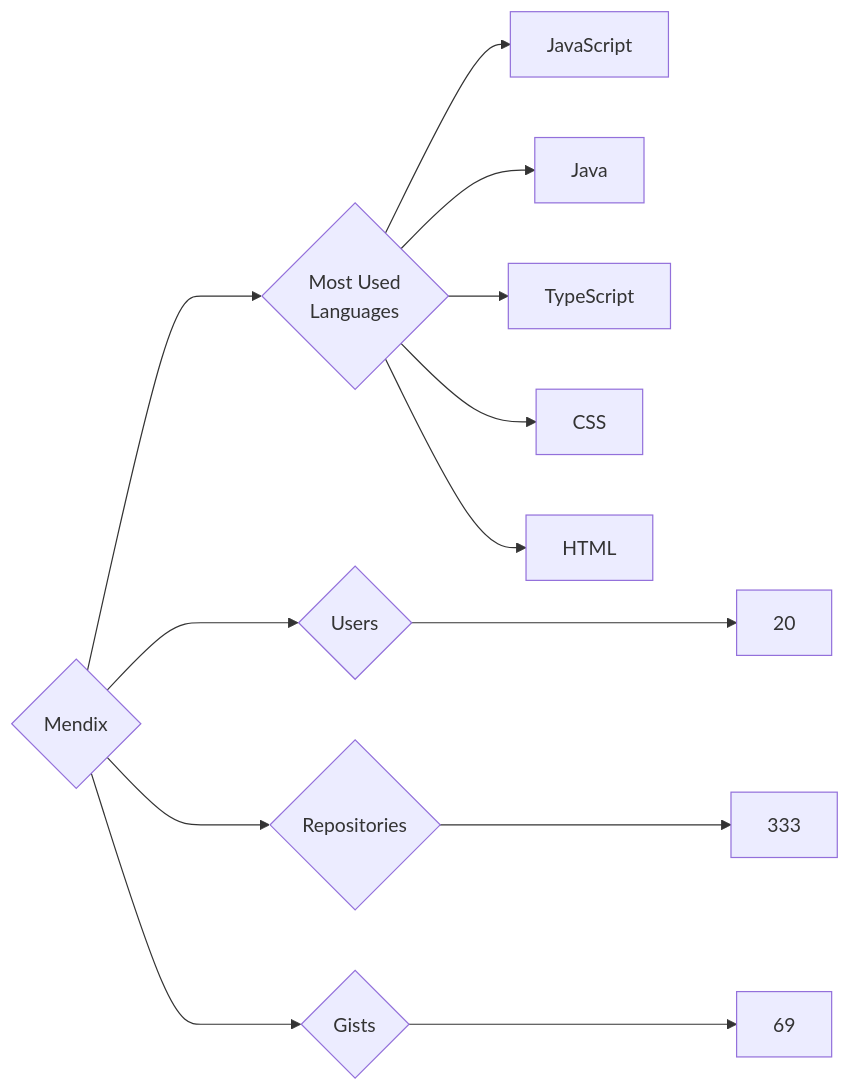
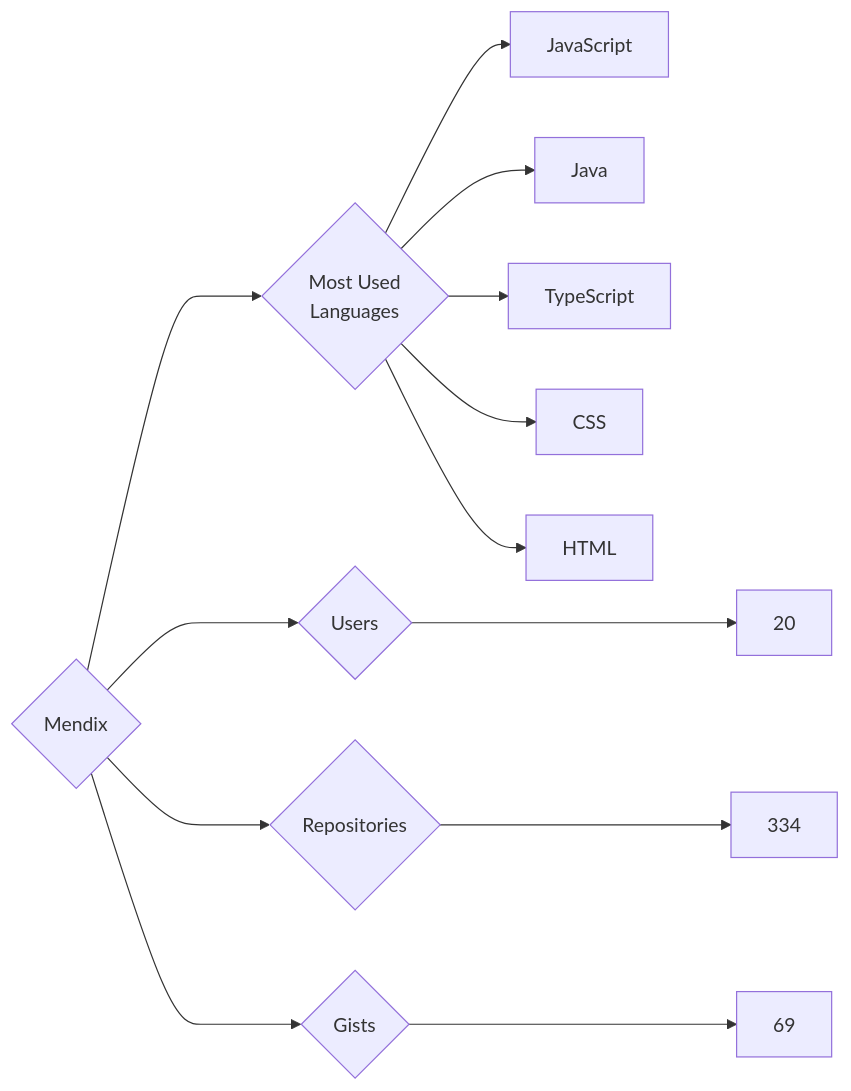
One commit to trickest/insiders changed the diagram in targets/Mendix/README.md. Above: the diagram before and after it, drawn with Mermaid. The commit also changed 815 other files, not shown here.

````diff
--- a/targets/Mendix/README.md
+++ b/targets/Mendix/README.md
@@ -3,13 +3,13 @@
 ```mermaid
 graph LR
 COMPANY_NAME{Mendix}
 COMPANY_NAME ---> U{Users} ---> UN[20]
-COMPANY_NAME ---> R{Repositories} ---> RN[333]
+COMPANY_NAME ---> R{Repositories} ---> RN[334]
 COMPANY_NAME ---> G{Gists} ---> GN[69]
 COMPANY_NAME ---> ML{Most Used<br>Languages}
 ML --> JavaScript[JavaScript]
 ML --> Java[Java]
 ML --> TypeScript[TypeScript]
 ML --> CSS[CSS]
 ML --> HTML[HTML]
 ```
````
